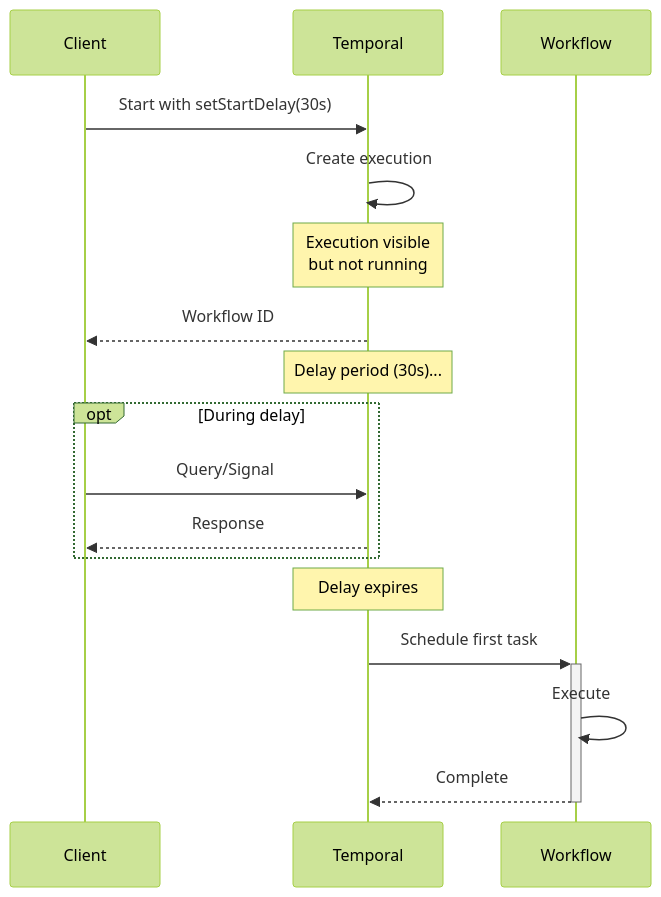
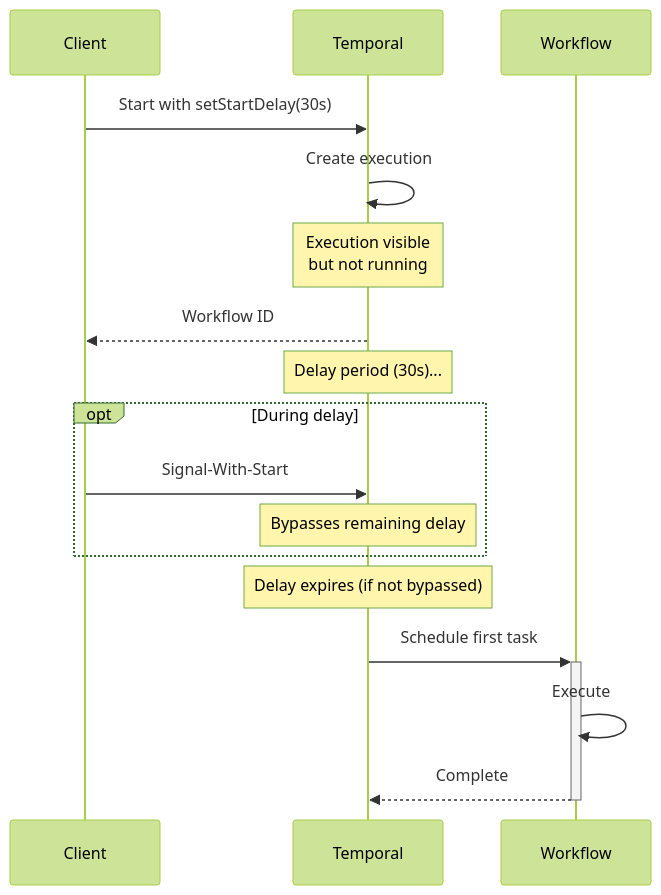
Before and after one commit to taonic/temporal-design-patterns: the diagram in docs/delayed-start.md, drawn with Mermaid (forest theme). The commit also changed other lines of this file and 25 other files, not shown here.

````diff
--- a/docs/delayed-start.md
+++ b/docs/delayed-start.md
@@ -26,23 +20,23 @@
 ```mermaid
 sequenceDiagram
     participant Client
     participant Temporal
     participant Workflow
 
     Client->>Temporal: Start with setStartDelay(30s)
     Temporal->>Temporal: Create execution
     Note over Temporal: Execution visible<br/>but not running
     Temporal-->>Client: Workflow ID
     
     Note over Temporal: Delay period (30s)...
     
     opt During delay
-        Client->>Temporal: Query/Signal
-        Temporal-->>Client: Response
+        Client->>Temporal: Signal-With-Start
+        Note over Temporal: Bypasses remaining delay
     end
     
-    Note over Temporal: Delay expires
+    Note over Temporal: Delay expires (if not bypassed)
     Temporal->>+Workflow: Schedule first task
     Workflow->>Workflow: Execute
     Workflow-->>-Temporal: Complete
 ```
````
